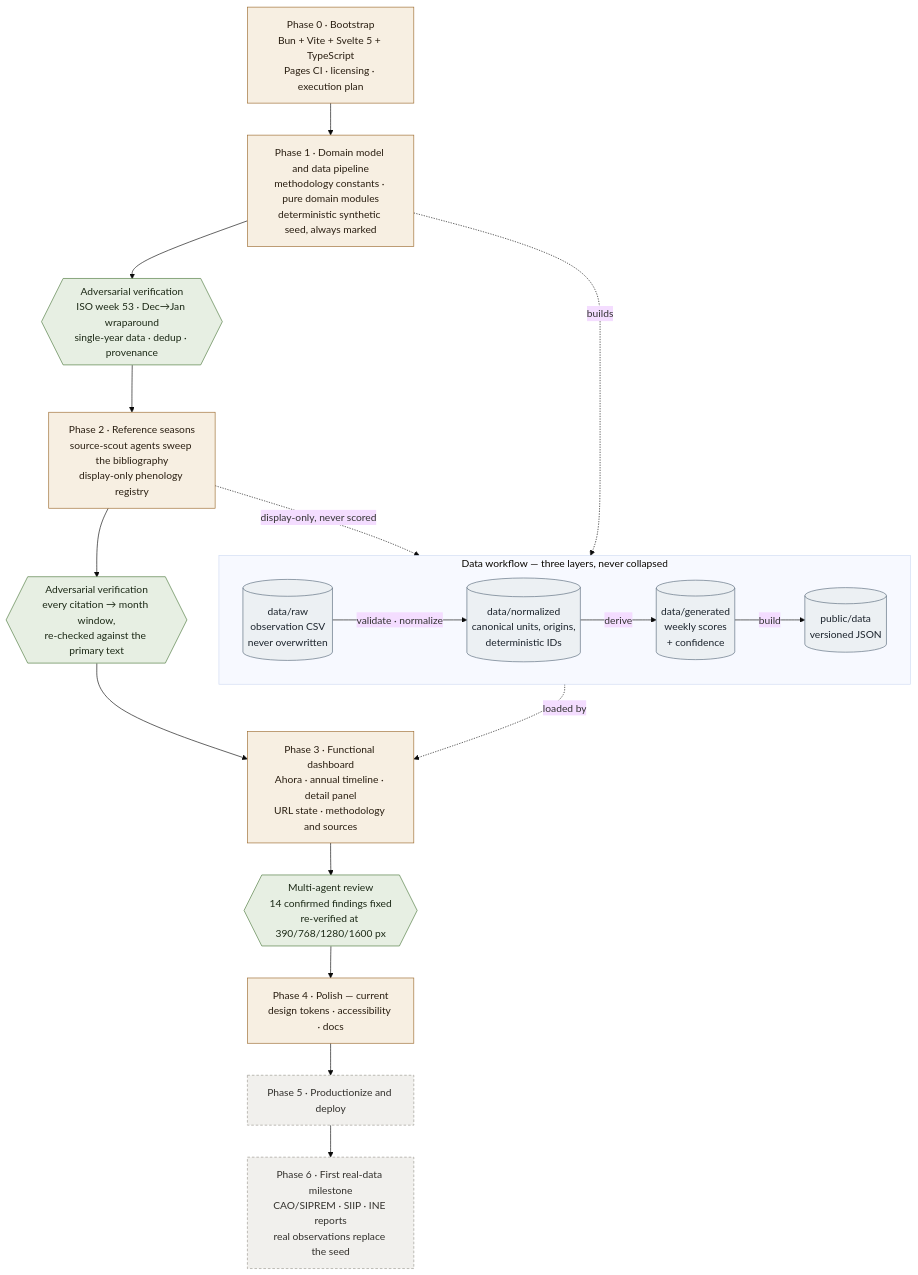
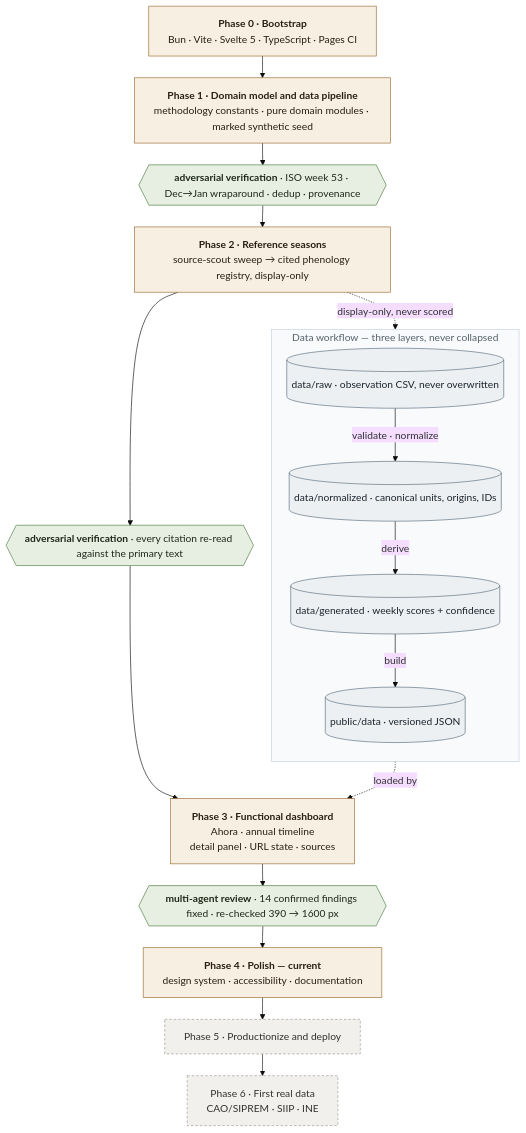
One commit to mariocesar/temporada-santa-cruz changed the diagram in README.md. Above: the diagram before and after it, drawn with Mermaid (base theme).

````diff
--- a/README.md
+++ b/README.md
@@ -23,37 +23,38 @@
 ```mermaid
+%%{init: {"flowchart": {"wrappingWidth": 340, "nodeSpacing": 28, "rankSpacing": 34}} }%%
 flowchart TB
-    P0["Phase 0 · Bootstrap<br/>Bun + Vite + Svelte 5 + TypeScript<br/>Pages CI · licensing · execution plan"]
-    P1["Phase 1 · Domain model and data pipeline<br/>methodology constants · pure domain modules<br/>deterministic synthetic seed, always marked"]
-    G1{{"Adversarial verification<br/>ISO week 53 · Dec→Jan wraparound<br/>single-year data · dedup · provenance"}}
-    P2["Phase 2 · Reference seasons<br/>source-scout agents sweep the bibliography<br/>display-only phenology registry"]
-    G2{{"Adversarial verification<br/>every citation → month window,<br/>re-checked against the primary text"}}
-    P3["Phase 3 · Functional dashboard<br/>Ahora · annual timeline · detail panel<br/>URL state · methodology and sources"]
-    G3{{"Multi-agent review<br/>14 confirmed findings fixed<br/>re-verified at 390/768/1280/1600 px"}}
-    P4["Phase 4 · Polish — current<br/>design tokens · accessibility · docs"]
+    P0["<b>Phase 0 · Bootstrap</b><br/>Bun · Vite · Svelte 5 · TypeScript · Pages CI"]
+    P1["<b>Phase 1 · Domain model and data pipeline</b><br/>methodology constants · pure domain modules · marked synthetic seed"]
+    G1{{"<b>adversarial verification</b> · ISO week 53 · Dec→Jan wraparound · dedup · provenance"}}
+    P2["<b>Phase 2 · Reference seasons</b><br/>source-scout sweep → cited phenology registry, display-only"]
+    G2{{"<b>adversarial verification</b> · every citation re-read against the primary text"}}
+    P3["<b>Phase 3 · Functional dashboard</b><br/>Ahora · annual timeline<br/>detail panel · URL state · sources"]
+    G3{{"<b>multi-agent review</b> · 14 confirmed findings fixed · re-checked 390 → 1600 px"}}
+    P4["<b>Phase 4 · Polish — current</b><br/>design system · accessibility · documentation"]
     P5["Phase 5 · Productionize and deploy"]
-    P6["Phase 6 · First real-data milestone<br/>CAO/SIPREM · SIIP · INE reports<br/>real observations replace the seed"]
+    P6["Phase 6 · First real data<br/>CAO/SIPREM · SIIP · INE"]
 
     P0 --> P1 --> G1 --> P2 --> G2 --> P3 --> G3 --> P4 --> P5 --> P6
 
     subgraph PIPE["Data workflow — three layers, never collapsed"]
-      direction LR
-      RAW[("data/raw<br/>observation CSV<br/>never overwritten")]
-      NRM[("data/normalized<br/>canonical units, origins,<br/>deterministic IDs")]
-      DRV[("data/generated<br/>weekly scores<br/>+ confidence")]
-      PUB[("public/data<br/>versioned JSON")]
+      direction TB
+      RAW[("data/raw · observation CSV, never overwritten")]
+      NRM[("data/normalized · canonical units, origins, IDs")]
+      DRV[("data/generated · weekly scores + confidence")]
+      PUB[("public/data · versioned JSON")]
       RAW -->|"validate · normalize"| NRM -->|derive| DRV -->|build| PUB
     end
 
-    P1 -.->|builds| PIPE
     P2 -.->|"display-only, never scored"| DRV
-    PUB -.->|loaded by| P3
+    PUB -.->|"loaded by"| P3
 
     classDef phase fill:#f7efe2,stroke:#9c6b2f,stroke-width:1px,color:#2a1f12
     classDef gate fill:#e7efe3,stroke:#4d7a3e,stroke-width:1px,color:#1d2a17
     classDef future fill:#f1f0ed,stroke:#9b9790,stroke-width:1px,color:#33312d,stroke-dasharray:4 3
     classDef store fill:#ecf0f3,stroke:#5b6b7d,stroke-width:1px,color:#1c242d
     class P0,P1,P2,P3,P4 phase
     class G1,G2,G3 gate
     class P5,P6 future
     class RAW,NRM,DRV,PUB store
+    style PIPE fill:#f8fafb,stroke:#c6d0d9,color:#56626d
 ```
````
